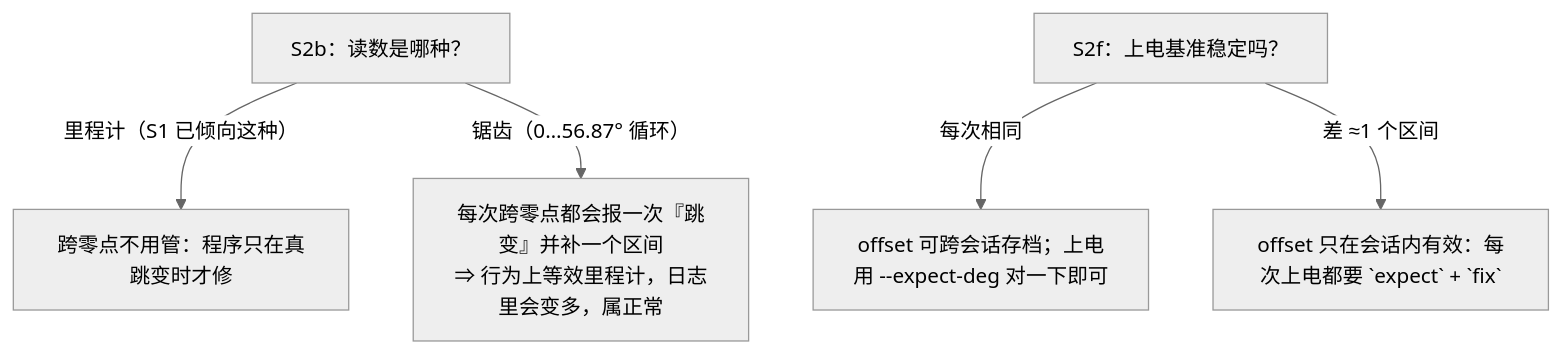
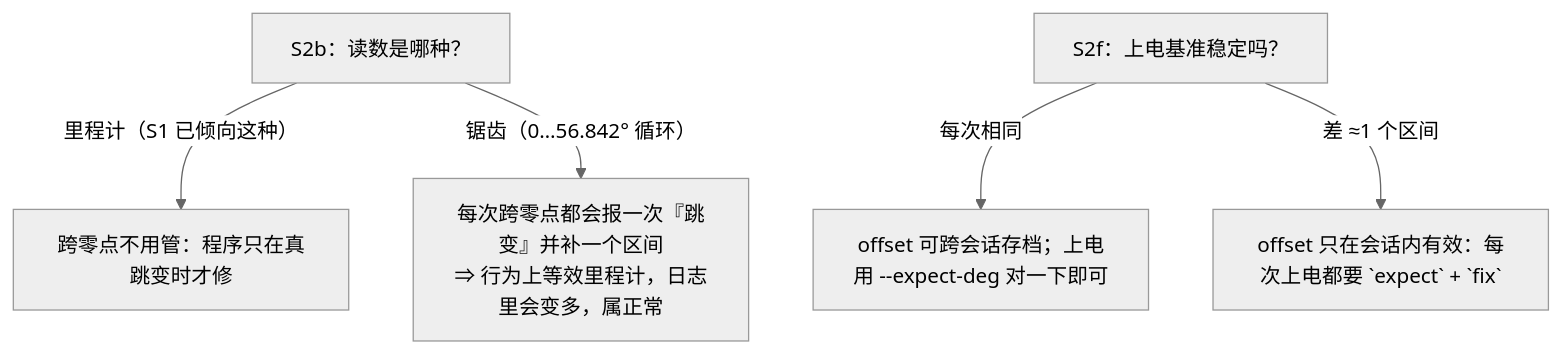
Before and after one commit to What410802/quadruped-training-what410802: the second of 2 diagrams in @20260927_motor/cpp_part2/docs/runbook.md, drawn with Mermaid (neutral theme). The commit also changed other lines of this file and 12 other files, not shown here.

````diff
--- a/@20260927_motor/cpp_part2/docs/runbook.md
+++ b/@20260927_motor/cpp_part2/docs/runbook.md
@@ -73,7 +73,7 @@
 ```mermaid
 flowchart TD
     A["S2b：读数是哪种？"] -->|"里程计（S1 已倾向这种）"| A1["跨零点不用管：程序只在真跳变时才修"]
-    A -->|"锯齿（0…56.87° 循环）"| A2["每次跨零点都会报一次『跳变』并补一个区间<br/>⇒ 行为上等效里程计，日志里会变多，属正常"]
+    A -->|"锯齿（0…56.842° 循环）"| A2["每次跨零点都会报一次『跳变』并补一个区间<br/>⇒ 行为上等效里程计，日志里会变多，属正常"]
     B["S2f：上电基准稳定吗？"] -->|"每次相同"| B1["offset 可跨会话存档；上电用 --expect-deg 对一下即可"]
     B -->|"差 ≈1 个区间"| B2["offset 只在会话内有效：每次上电都要 `expect` + `fix`"]
 ```
````
